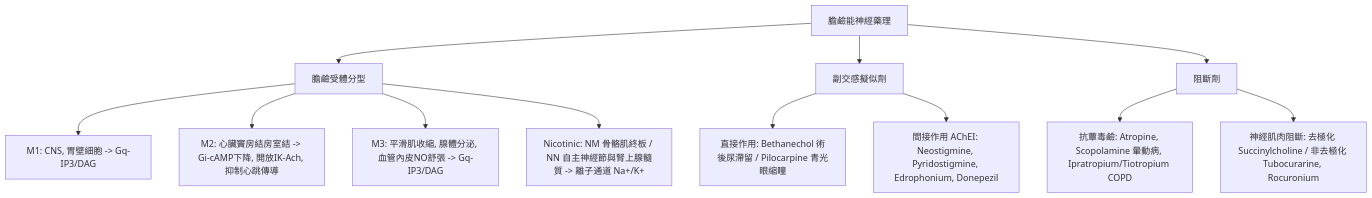
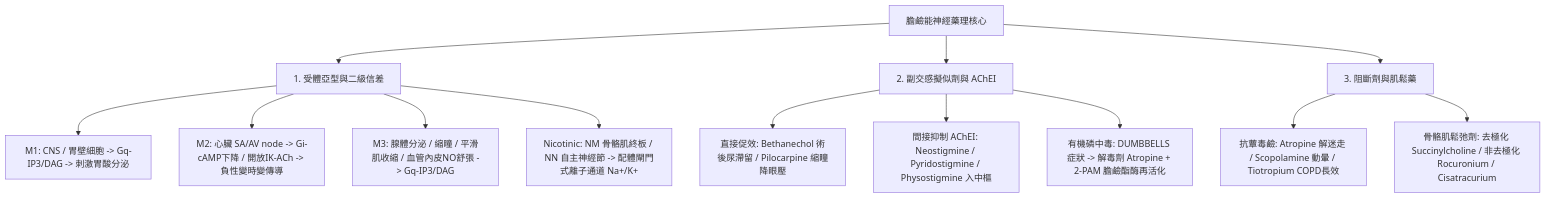
Before and after one commit to woieyufan/med1: the diagram in docs/med2/pharmacology/藥理學_第01章_自主神經膽鹼能擬似與阻斷劑.md, drawn with Mermaid. The commit also changed other lines of this file and 85 other files, not shown here.

````diff
--- a/docs/med2/pharmacology/藥理學_第01章_自主神經膽鹼能擬似與阻斷劑.md
+++ b/docs/med2/pharmacology/藥理學_第01章_自主神經膽鹼能擬似與阻斷劑.md
@@ -6,14 +11,17 @@
 ```mermaid
 flowchart TD
-    ANS[膽鹼能神經藥理] --> Receptors[膽鹼受體分型]
-    Receptors --> M1[M1: CNS, 胃壁細胞 -> Gq-IP3/DAG]
-    Receptors --> M2[M2: 心臟竇房結房室結 -> Gi-cAMP下降, 開放IK-Ach, 抑制心跳傳導]
-    Receptors --> M3[M3: 平滑肌收縮, 腺體分泌, 血管內皮NO舒張 -> Gq-IP3/DAG]
-    Receptors --> Nicotinic[Nicotinic: NM 骨骼肌終板 / NN 自主神經節與腎上腺髓質 -> 離子通道 Na+/K+]
-    ANS --> Agonists[副交感擬似劑]
-    Agonists --> Direct[直接作用: Bethanechol 術後尿滯留 / Pilocarpine 青光眼縮瞳]
-    Agonists --> Indirect[間接作用 AChEI: Neostigmine, Pyridostigmine, Edrophonium, Donepezil]
-    ANS --> Antagonists[阻斷劑]
-    Antagonists --> AntiM[抗蕈毒鹼: Atropine, Scopolamine 暈動病, Ipratropium/Tiotropium COPD]
-    Antagonists --> NMBAs[神經肌肉阻斷: 去極化 Succinylcholine / 非去極化 Tubocurarine, Rocuronium]
+    ANS[膽鹼能神經藥理核心] --> Receptors[1. 受體亞型與二級信差]
+    Receptors --> M1[M1: CNS / 胃壁細胞 -> Gq-IP3/DAG -> 刺激胃酸分泌]
+    Receptors --> M2[M2: 心臟 SA/AV node -> Gi-cAMP下降 / 開放IK-ACh -> 負性變時變傳導]
+    Receptors --> M3[M3: 腺體分泌 / 縮瞳 / 平滑肌收縮 / 血管內皮NO舒張 -> Gq-IP3/DAG]
+    Receptors --> Nicotinic[Nicotinic: NM 骨骼肌終板 / NN 自主神經節 -> 配體閘門式離子通道 Na+/K+]
+    
+    ANS --> Agonists[2. 副交感擬似劑與 AChEI]
+    Agonists --> Direct[直接促效: Bethanechol 術後尿滯留 / Pilocarpine 縮瞳降眼壓]
+    Agonists --> Indirect[間接抑制 AChEI: Neostigmine / Pyridostigmine / Physostigmine 入中樞]
+    Agonists --> Tox[有機磷中毒: DUMBBELLS 症狀 -> 解毒劑 Atropine + 2-PAM 膽鹼酯酶再活化]
+    
+    ANS --> Blockers[3. 阻斷劑與肌鬆藥]
+    Blockers --> AntiM[抗蕈毒鹼: Atropine 解迷走 / Scopolamine 動暈 / Tiotropium COPD長效]
+    Blockers --> NMBAs[骨骼肌鬆弛劑: 去極化 Succinylcholine / 非去極化 Rocuronium / Cisatracurium]
 ```
````
